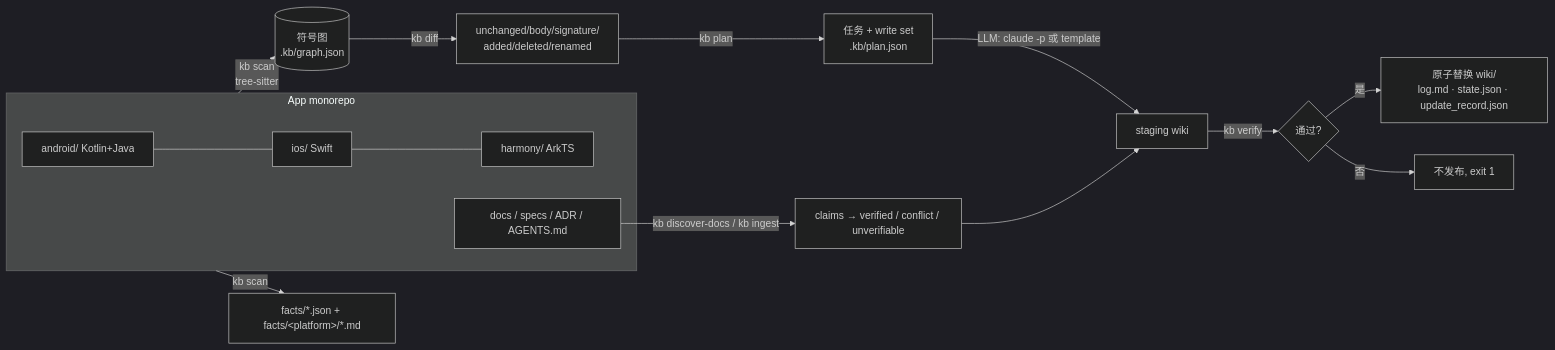
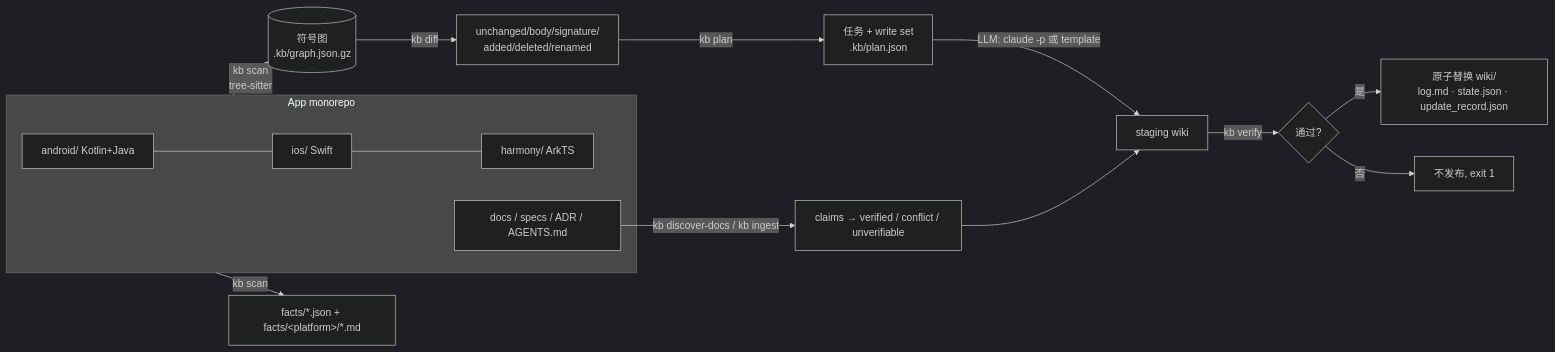
The diagram in README.md (luckylucky0001/codewiki), drawn with Mermaid (dark theme) before and after one commit. The commit also changed other lines of this file and 4 other files, not shown here.

First line of the commit message:
perf(wiki): compound baseline stored as .kb/graph.json.gz — NextE 24 MB -> 3.7 MB committed per compound

````diff
--- a/README.md
+++ b/README.md
@@ -15,17 +15,17 @@
 ```mermaid
 flowchart LR
   subgraph repo[App monorepo]
     A[android/ Kotlin+Java] --- I[ios/ Swift] --- H[harmony/ ArkTS]
     D[docs / specs / ADR / AGENTS.md]
   end
-  repo -->|kb scan<br/>tree-sitter| G[(符号图<br/>.kb/graph.json)]
+  repo -->|kb scan<br/>tree-sitter| G[(符号图<br/>.kb/graph.json.gz)]
   repo -->|kb scan| F[facts/*.json + facts/&lt;platform&gt;/*.md]
   G -->|kb diff| DF[unchanged/body/signature/<br/>added/deleted/renamed]
   DF -->|kb plan| P[任务 + write set<br/>.kb/plan.json]
   D -->|kb discover-docs / kb ingest| C[claims → verified / conflict / unverifiable]
   P -->|LLM: claude -p 或 template| S[staging wiki]
   C --> S
   S -->|kb verify| V{通过?}
   V -->|是| W[原子替换 wiki/<br/>log.md · state.json · update_record.json]
   V -->|否| X[不发布, exit 1]
 ```
````
